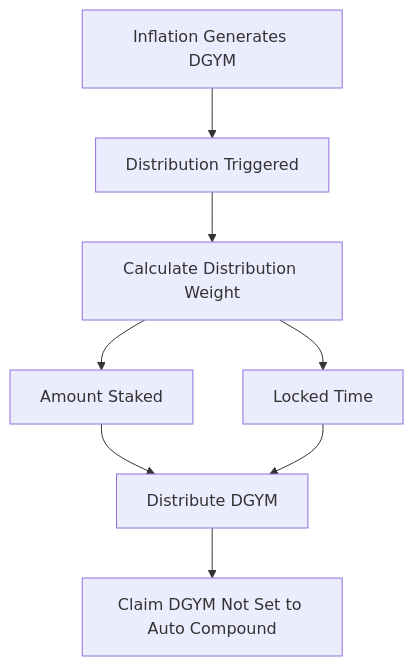
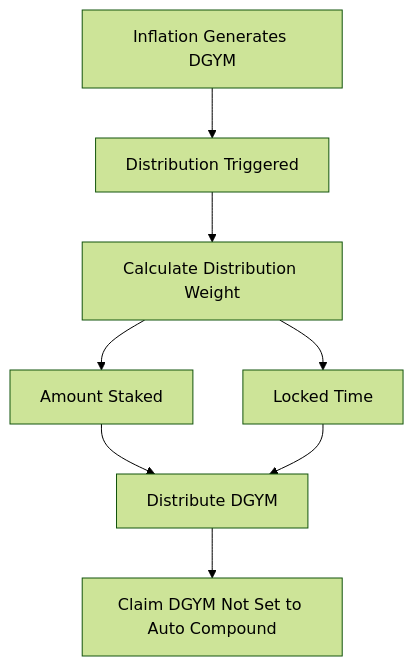
Before and after one commit to DeGym/documentation: the first of 2 diagrams in gym-dao/reward-program.md, drawn with Mermaid. The commit also changed other lines of this file, not shown here.

````diff
--- a/gym-dao/reward-program.md
+++ b/gym-dao/reward-program.md
@@ -16,9 +19,11 @@
 ```mermaid
+%%{init: {'theme': 'forest'}}%%
+
 graph TB
     A[Inflation Generates DGYM] --> B[Distribution Triggered]
     B --> C[Calculate Distribution Weight]
     C --> D[Amount Staked]
     C --> E[Locked Time]
     D & E --> F[Distribute DGYM]
     F --> G[Claim DGYM Not Set to Auto Compound]
 ```
````
